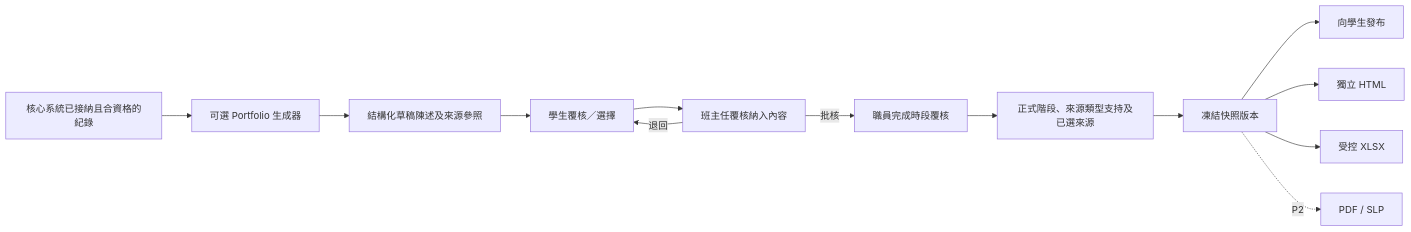
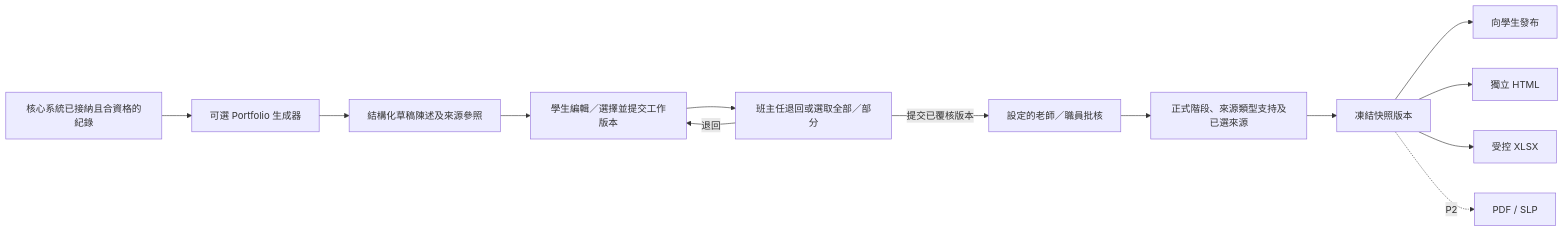
The diagram in output/Chinese/SRS/SRS-09 Portfolio Proud Moments及匯出.md (heison-octopus/testing-port), drawn with Mermaid before and after one commit. The commit also changed other lines of this file and 117 other files, not shown here.

````diff
--- a/output/Chinese/SRS/SRS-09 Portfolio Proud Moments及匯出.md
+++ b/output/Chinese/SRS/SRS-09 Portfolio Proud Moments及匯出.md
@@ -52,15 +61,15 @@
 ```mermaid
 flowchart LR
     Eligible[核心系統已接納且合資格的紀錄] --> Generate[可選 Portfolio 生成器]
     Generate --> Claims[結構化草稿陳述及來源參照]
-    Claims --> Student[學生覆核／選擇]
-    Student --> ClassTeacher[班主任覆核納入內容]
+    Claims --> Student[學生編輯／選擇並提交工作版本]
+    Student --> ClassTeacher[班主任退回或選取全部／部分]
     ClassTeacher -->|退回| Student
-    ClassTeacher -->|批核| Staff[職員完成時段覆核]
+    ClassTeacher -->|提交已覆核版本| Staff[設定的老師／職員批核]
     Staff --> Breakdown[正式階段、來源類型支持及已選來源]
     Breakdown --> Snapshot[凍結快照版本]
     Snapshot --> Publish[向學生發布]
     Snapshot --> HTML[獨立 HTML]
     Snapshot --> XLSX[受控 XLSX]
     Snapshot -. P2 .-> PDF[PDF / SLP]
 ```
````
